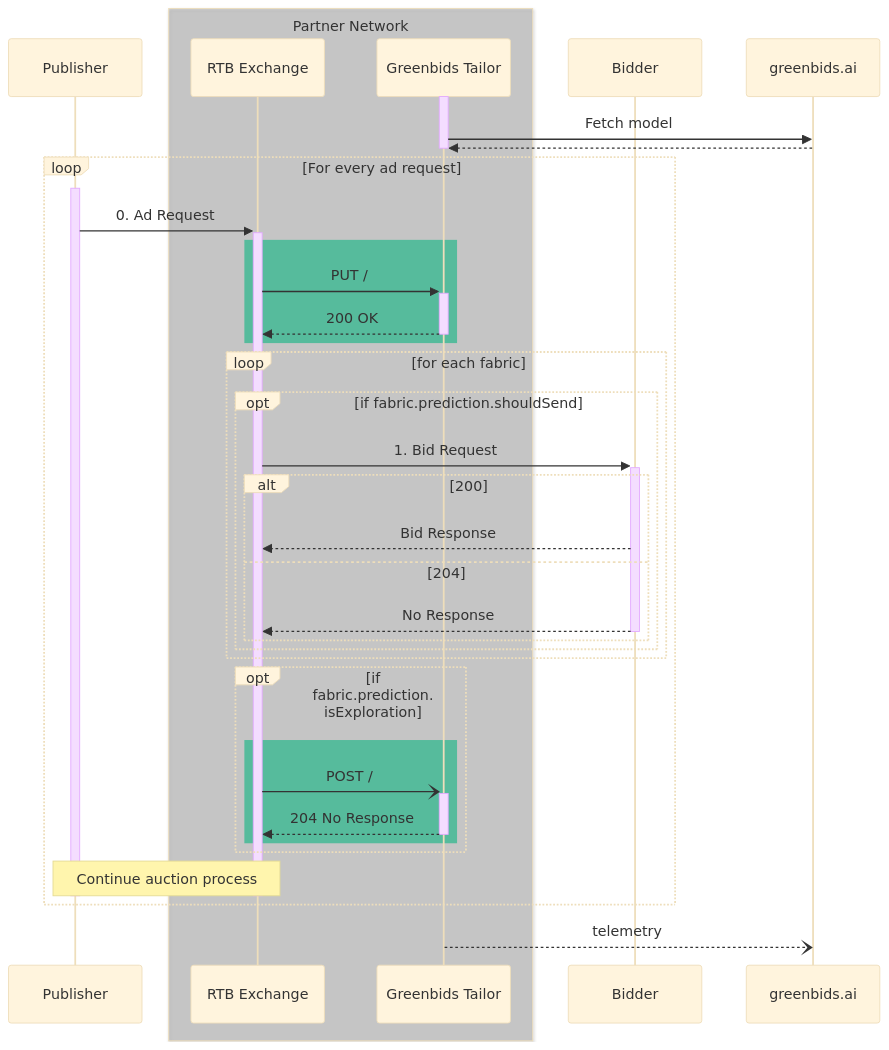
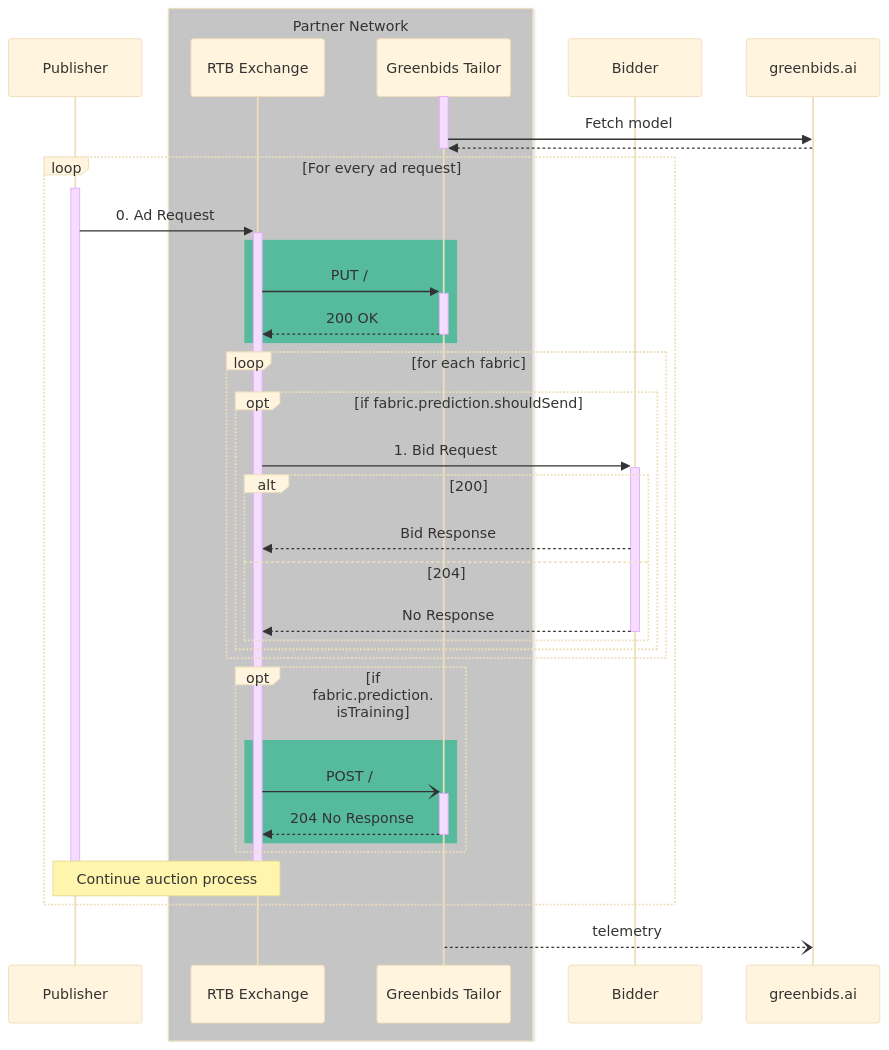
Before and after one commit to greenbids/greenbids-tailor-external: the diagram in README.md, drawn with Mermaid (base theme). The commit also changed other lines of this file, not shown here.

````diff
--- a/README.md
+++ b/README.md
@@ -79,48 +77,48 @@
 ```mermaid
 sequenceDiagram
     participant Publisher
     box rgba(128, 128, 128, 0.33) Partner Network
         participant SSP as RTB Exchange
         participant GB as Greenbids Tailor
     end
     participant Bidder
     participant greenbids.ai
 
     activate GB
     GB ->> greenbids.ai: Fetch model
     greenbids.ai -->> GB: 
     deactivate GB
 
     loop For every ad request
         activate Publisher
         Publisher ->>+ SSP: 0. Ad Request
 
         rect rgba(30, 183, 136, 0.66)
         SSP ->>+ GB: PUT /
         GB -->>- SSP: 200 OK
         end
 
         loop for each fabric
             opt if fabric.prediction.shouldSend
                 SSP ->>+ Bidder : 1. Bid Request
                 alt 200
                 Bidder -->> SSP: Bid Response
                 else 204
                 Bidder -->>- SSP: No Response
                 end
             end
         end
 
-        opt if fabric.prediction. isExploration
+        opt if fabric.prediction. isTraining
             rect rgba(30, 183, 136, 0.66)
                 SSP -)+ GB: POST /
                 GB -->>- SSP: 204 No Response
             end
         end
 
         note over Publisher,SSP: Continue auction process
         deactivate SSP
         deactivate Publisher
     end
         GB --) greenbids.ai: telemetry
 ```
````
